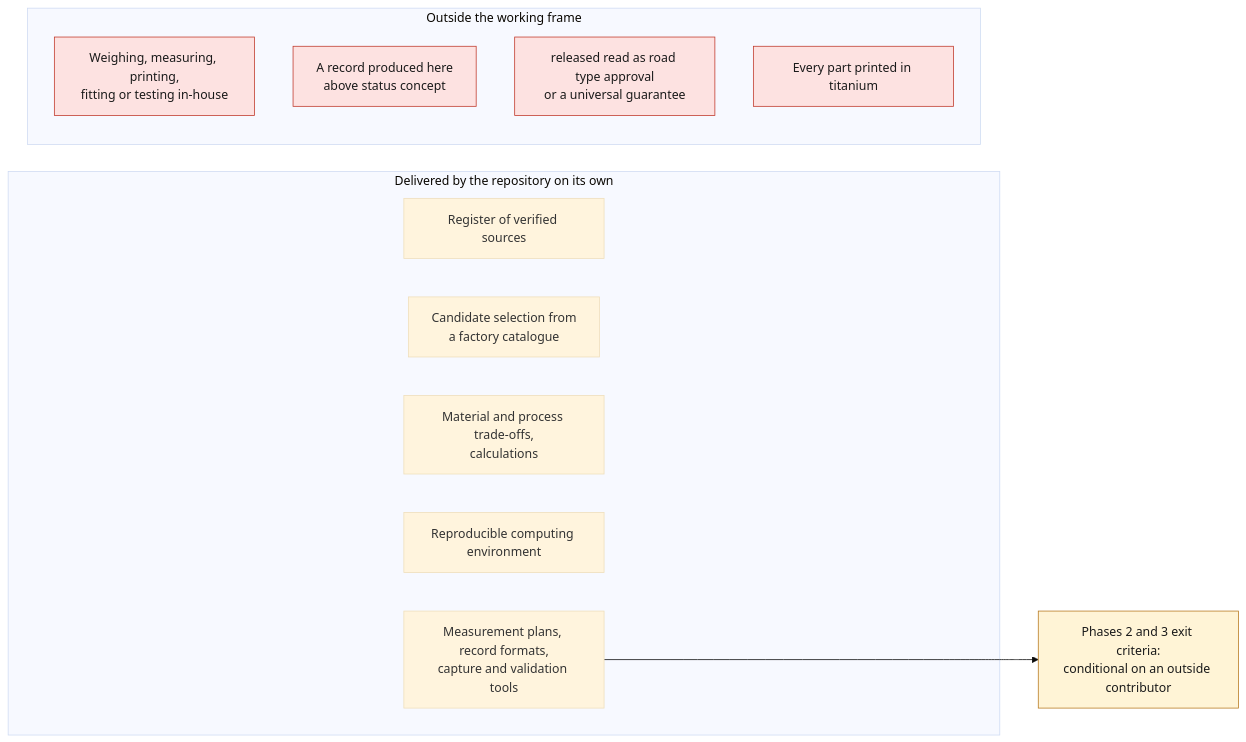
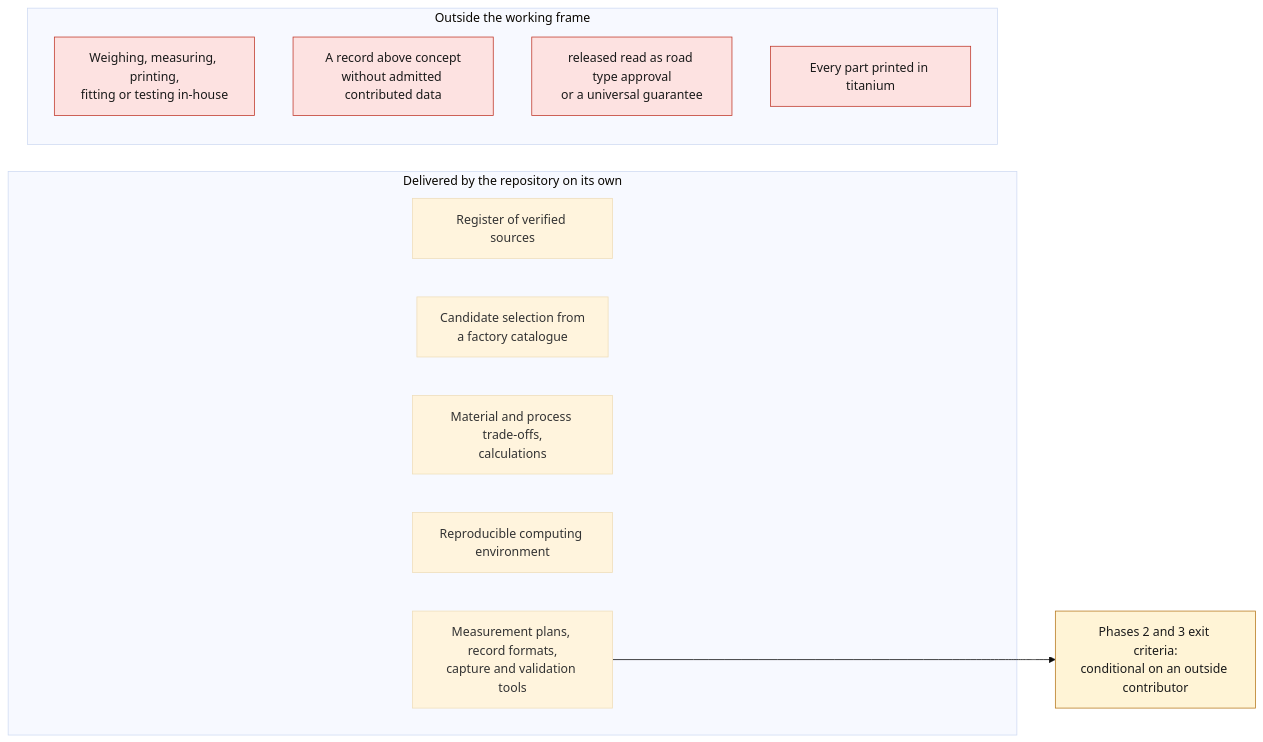
The diagram in docs/PROJECT_CHARTER.md (cluster2600/porscheparts), drawn with Mermaid (base theme) before and after one commit. The commit also changed other lines of this file and 4 other files, not shown here.

````diff
--- a/docs/PROJECT_CHARTER.md
+++ b/docs/PROJECT_CHARTER.md
@@ -97,21 +106,21 @@
 ```mermaid
 flowchart LR
     subgraph inScope["Delivered by the repository on its own"]
         I1["Register of verified sources"]
         I2["Candidate selection from<br/>a factory catalogue"]
         I3["Material and process trade-offs,<br/>calculations"]
         I4["Reproducible computing environment"]
         I5["Measurement plans, record formats,<br/>capture and validation tools"]
     end
     subgraph outScope["Outside the working frame"]
         O1["Weighing, measuring, printing,<br/>fitting or testing in-house"]:::stop
-        O2["A record produced here<br/>above status concept"]:::stop
+        O2["A record above concept<br/>without admitted contributed data"]:::stop
         O3["released read as road type approval<br/>or a universal guarantee"]:::stop
         O4["Every part printed in titanium"]:::stop
     end
     P23["Phases 2 and 3 exit criteria:<br/>conditional on an outside contributor"]:::open
     I5 --> P23
     classDef stop fill:#fde2e1,stroke:#c0392b,color:#1a1a1a;
     classDef ok fill:#e3f1e6,stroke:#2e7d32,color:#1a1a1a;
     classDef open fill:#fff4d6,stroke:#b7791f,color:#1a1a1a;
 ```
````
